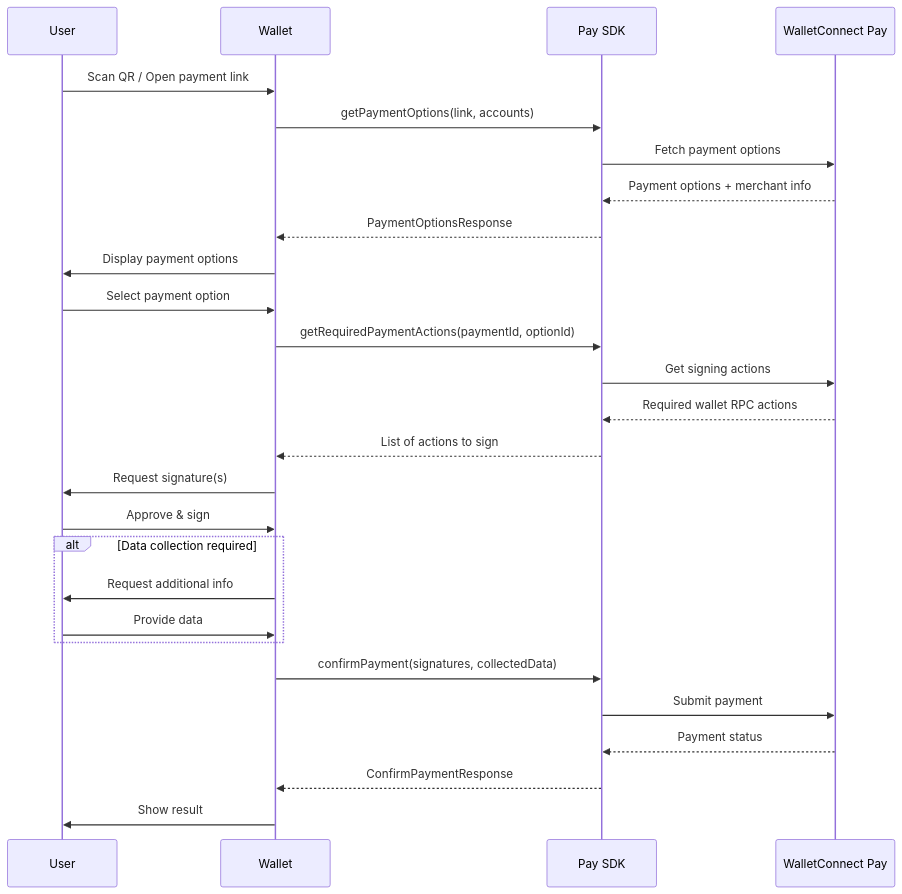
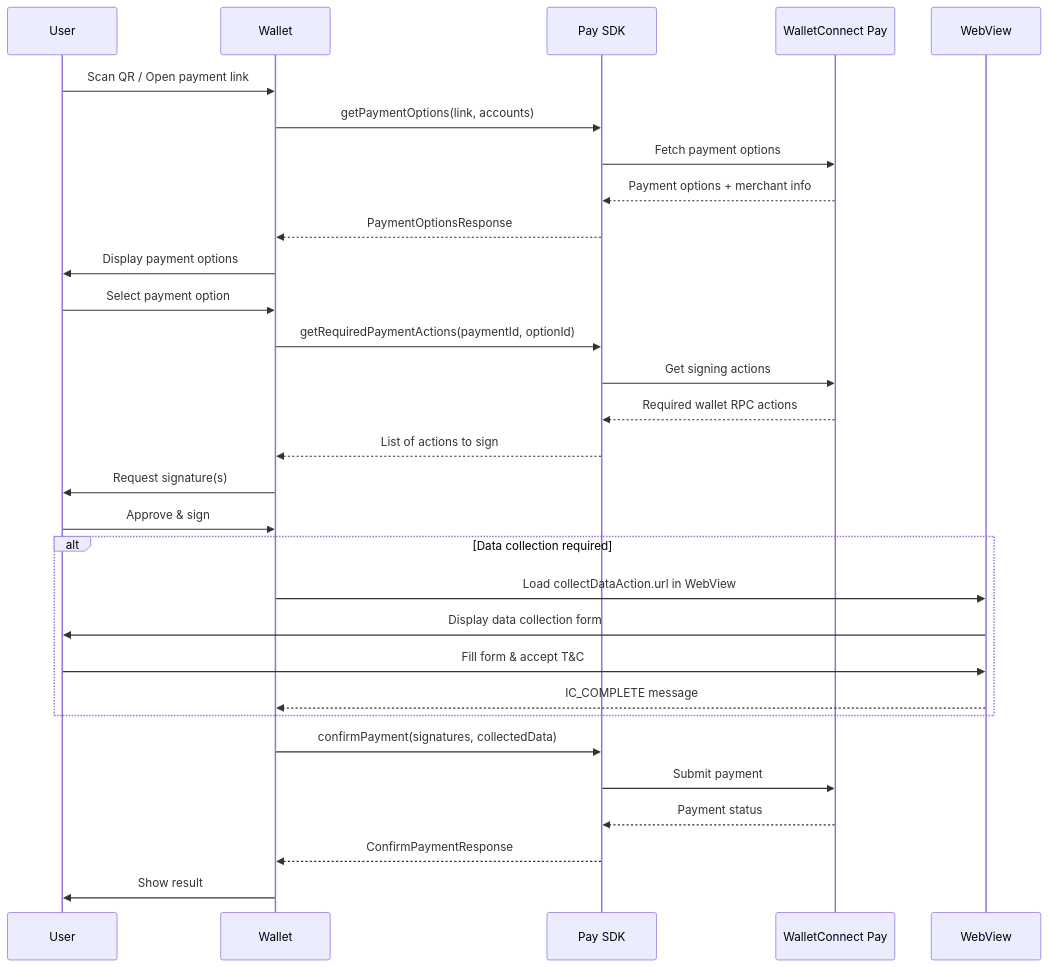
The diagram in payments/wallets/standalone/flutter.mdx (WalletConnectFoundation/wc-pay-docs), drawn with Mermaid before and after one commit. The commit also changed other lines of this file and 16 other files, not shown here.

First line of the commit message:
Add WebView-based data collection documentation across all platform docs

````diff
--- a/payments/wallets/standalone/flutter.mdx
+++ b/payments/wallets/standalone/flutter.mdx
@@ -85,34 +89,37 @@
 ```mermaid
 sequenceDiagram
     participant User
     participant Wallet
     participant PaySDK as Pay SDK
     participant Backend as WalletConnect Pay
+    participant WebView
 
     User->>Wallet: Scan QR / Open payment link
     Wallet->>PaySDK: getPaymentOptions(link, accounts)
     PaySDK->>Backend: Fetch payment options
     Backend-->>PaySDK: Payment options + merchant info
     PaySDK-->>Wallet: PaymentOptionsResponse
     Wallet->>User: Display payment options
-    
+
     User->>Wallet: Select payment option
     Wallet->>PaySDK: getRequiredPaymentActions(paymentId, optionId)
     PaySDK->>Backend: Get signing actions
     Backend-->>PaySDK: Required wallet RPC actions
     PaySDK-->>Wallet: List of actions to sign
-    
+
     Wallet->>User: Request signature(s)
     User->>Wallet: Approve & sign
-    
+
     alt Data collection required
-        Wallet->>User: Request additional info
-        User->>Wallet: Provide data
+        Wallet->>WebView: Load collectDataAction.url in WebView
+        WebView->>User: Display data collection form
+        User->>WebView: Fill form & accept T&C
+        WebView-->>Wallet: IC_COMPLETE message
     end
-    
+
     Wallet->>PaySDK: confirmPayment(signatures, collectedData)
     PaySDK->>Backend: Submit payment
     Backend-->>PaySDK: Payment status
     PaySDK-->>Wallet: ConfirmPaymentResponse
     Wallet->>User: Show result
 ```
````
